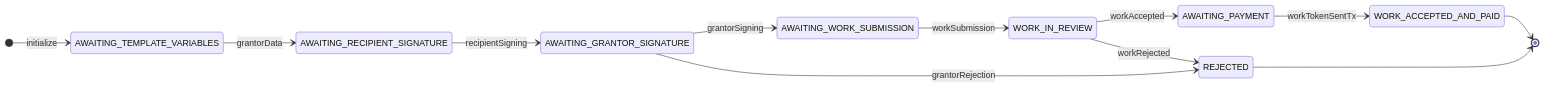
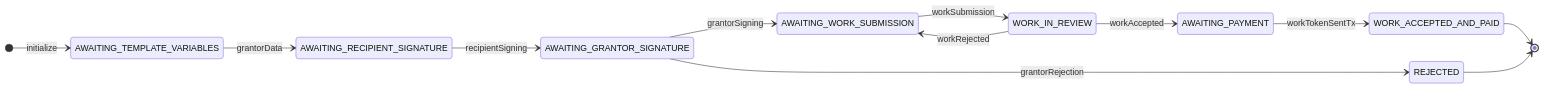
Before and after one commit to Consensys-Network-State/signet-execution-prototype: the first of 5 diagrams in lua-actor/src/tests/grant-with-feedback/grant-with-feedback.md, drawn with Mermaid. The commit also changed other lines of this file and 14 other files, not shown here.

````diff
--- a/lua-actor/src/tests/grant-with-feedback/grant-with-feedback.md
+++ b/lua-actor/src/tests/grant-with-feedback/grant-with-feedback.md
@@ -3,22 +7,22 @@
 ```mermaid
 stateDiagram-v2
     direction LR
     
     [*] --> AWAITING_TEMPLATE_VARIABLES: initialize
     
     AWAITING_TEMPLATE_VARIABLES --> AWAITING_RECIPIENT_SIGNATURE: grantorData
     AWAITING_RECIPIENT_SIGNATURE --> AWAITING_GRANTOR_SIGNATURE: recipientSigning
     
     AWAITING_GRANTOR_SIGNATURE --> AWAITING_WORK_SUBMISSION: grantorSigning
     AWAITING_GRANTOR_SIGNATURE --> REJECTED: grantorRejection
     
     AWAITING_WORK_SUBMISSION --> WORK_IN_REVIEW: workSubmission
     
     WORK_IN_REVIEW --> AWAITING_PAYMENT: workAccepted
-    WORK_IN_REVIEW --> REJECTED: workRejected
+    WORK_IN_REVIEW --> AWAITING_WORK_SUBMISSION: workRejected
     
     AWAITING_PAYMENT --> WORK_ACCEPTED_AND_PAID: workTokenSentTx
     
     WORK_ACCEPTED_AND_PAID --> [*]
     REJECTED --> [*]
 ```
````
